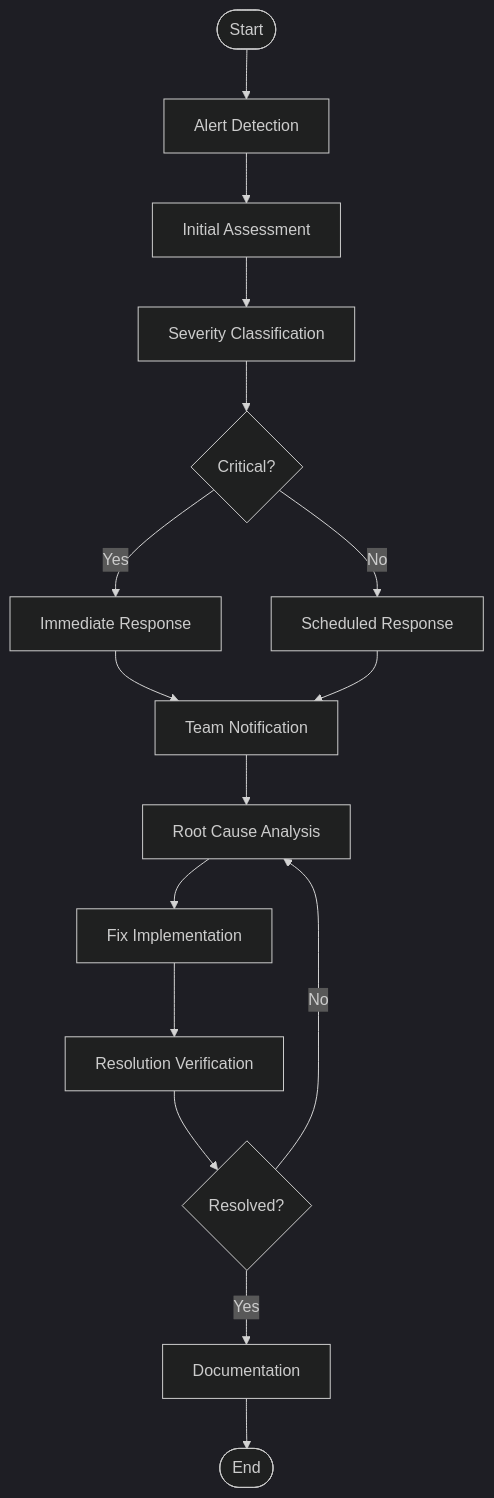
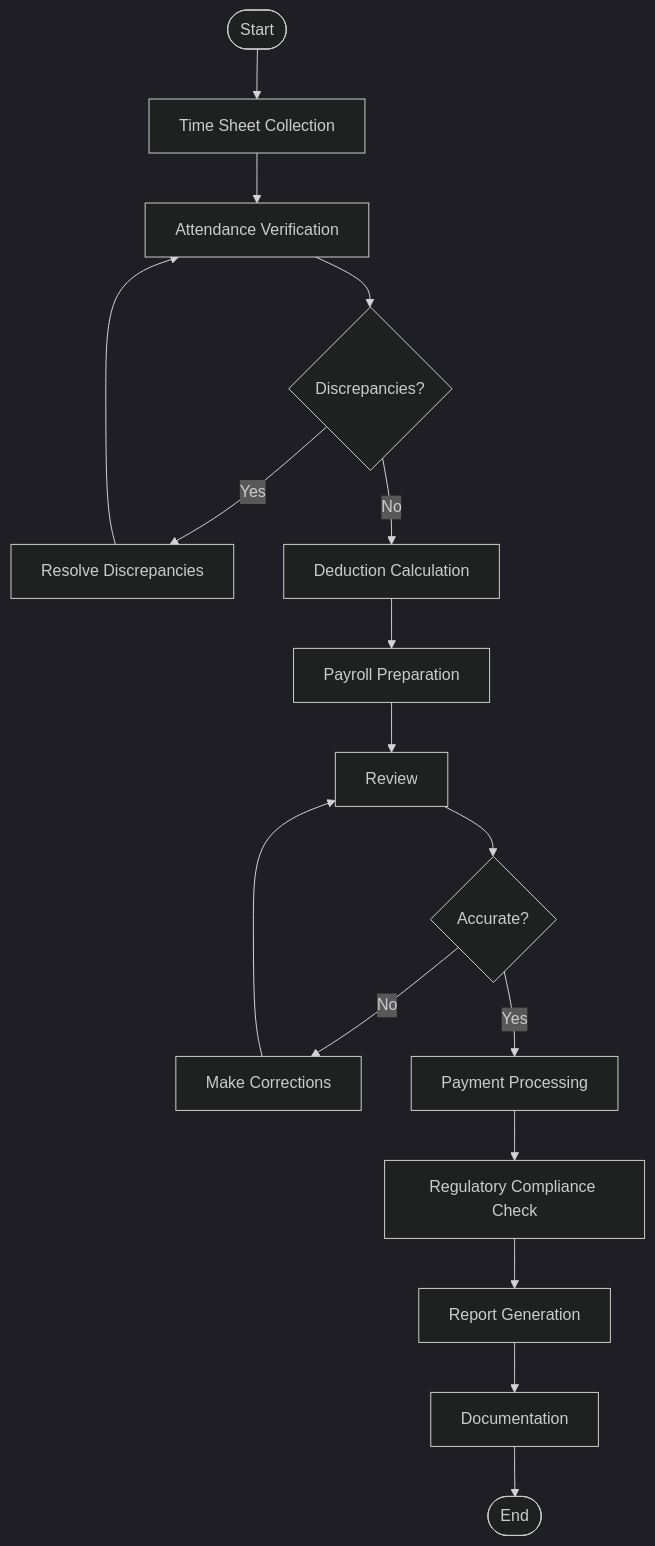
The first of 2 diagrams in test2.md (tharaka911/activity-diagram), drawn with Mermaid (dark theme) before and after one commit. The commit also changed other lines of this file and 1 other file, not shown here.

````diff
--- a/test2.md
+++ b/test2.md
@@ -50,18 +5,19 @@
 ```mermaid
 flowchart TD
-    A([Start]) --> B[Alert Detection]
-    B --> C[Initial Assessment]
-    C --> D[Severity Classification]
-    D --> E{Critical?}
-    E -->|Yes| F[Immediate Response]
-    E -->|No| G[Scheduled Response]
-    F --> H[Team Notification]
-    G --> H
-    H --> I[Root Cause Analysis]
-    I --> J[Fix Implementation]
-    J --> K[Resolution Verification]
-    K --> L{Resolved?}
-    L -->|No| I
-    L -->|Yes| M[Documentation]
-    M --> N([End])
+    A([Start]) --> B[Time Sheet Collection]
+    B --> C[Attendance Verification]
+    C --> D{Discrepancies?}
+    D -->|Yes| E[Resolve Discrepancies]
+    E --> C
+    D -->|No| F[Deduction Calculation]
+    F --> G[Payroll Preparation]
+    G --> H[Review]
+    H --> I{Accurate?}
+    I -->|No| J[Make Corrections]
+    J --> H
+    I -->|Yes| K[Payment Processing]
+    K --> L[Regulatory Compliance Check]
+    L --> M[Report Generation]
+    M --> N[Documentation]
+    N --> O([End])
 ```
````
